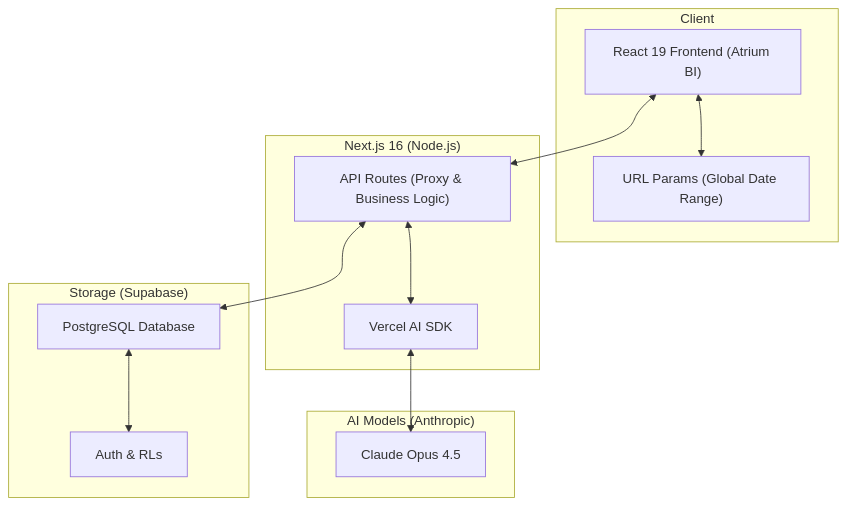
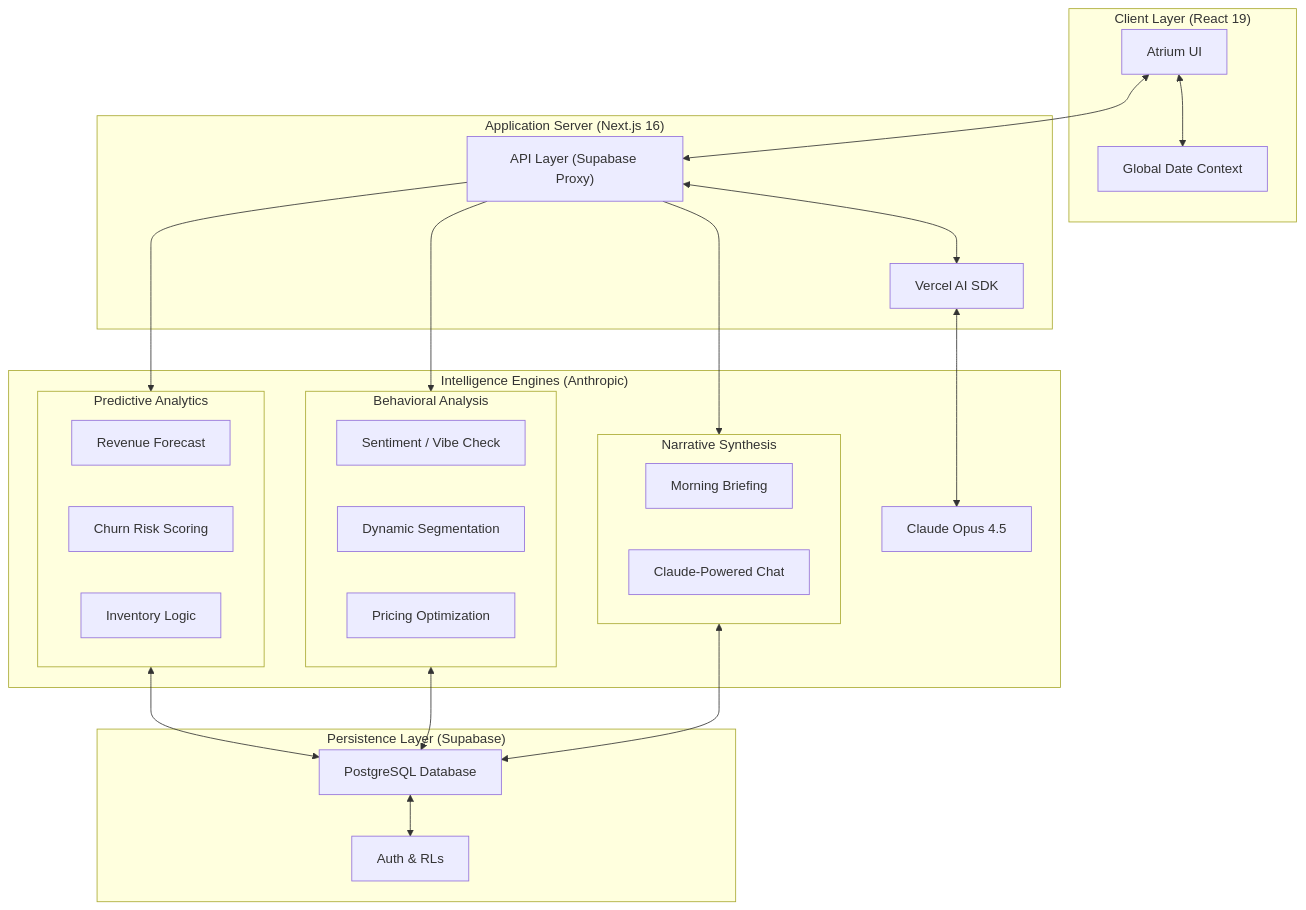
The diagram in README.md (kuberaplutus224/v0-base-atrium), drawn with Mermaid before and after one commit. The commit also changed other lines of this file, not shown here.

Commit message:
docs: update architecture diagram and AI feature list in README

````diff
--- a/README.md
+++ b/README.md
@@ -18,28 +18,50 @@
 ```mermaid
 graph TD
-    subgraph Client
-        UI["React 19 Frontend (Atrium BI)"]
-        State["URL Params (Global Date Range)"]
+    subgraph Client["Client Layer (React 19)"]
+        UI["Atrium UI"]
+        State["Global Date Context"]
     end
 
-    subgraph Server["Next.js 16 (Node.js)"]
-        API["API Routes (Proxy & Business Logic)"]
+    subgraph Server["Application Server (Next.js 16)"]
+        API["API Layer (Supabase Proxy)"]
         SDK["Vercel AI SDK"]
     end
 
-    subgraph Intelligence["AI Models (Anthropic)"]
-        Claude["Claude Opus 4.5"]
+    subgraph Intelligence["Intelligence Engines (Anthropic)"]
+        subgraph Predictive["Predictive Analytics"]
+            Revenue["Revenue Forecast"]
+            Churn["Churn Risk Scoring"]
+            Inventory["Inventory Logic"]
+        end
+        subgraph Behavioral["Behavioral Analysis"]
+            Vibe["Sentiment / Vibe Check"]
+            Segments["Dynamic Segmentation"]
+            Pricing["Pricing Optimization"]
+        end
+        subgraph Synthesis["Narrative Synthesis"]
+            Briefing["Morning Briefing"]
+            Chat["Claude-Powered Chat"]
+        end
+        AI_Model["Claude Opus 4.5"]
     end
 
-    subgraph Data["Storage (Supabase)"]
+    subgraph Data["Persistence Layer (Supabase)"]
         DB["PostgreSQL Database"]
         Auth["Auth & RLs"]
     end
 
     UI <--> State
     UI <--> API
     API <--> SDK
-    SDK <--> Claude
-    API <--> DB
+    SDK <--> AI_Model
+    
+    %% AI Feature Mapping
+    API --> Predictive
+    API --> Behavioral
+    API --> Synthesis
+    
+    Predictive <--> DB
+    Behavioral <--> DB
+    Synthesis <--> DB
     DB <--> Auth
 ```
````
